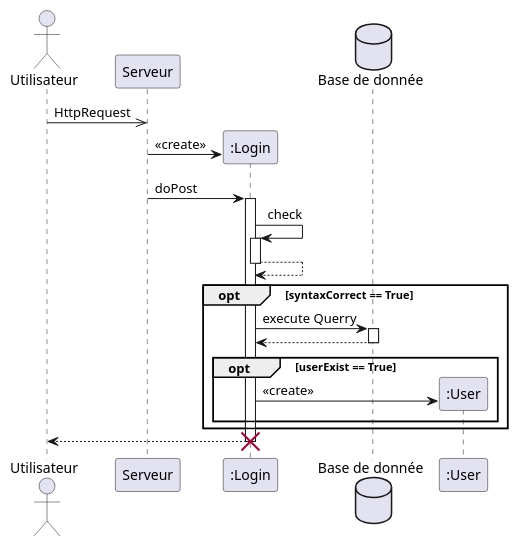
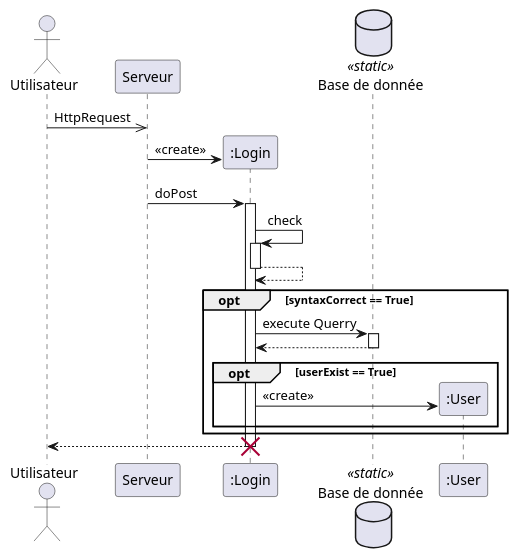
The diagram in docs/UML/diagramm test.puml (dorianleveque/CoHub), drawn with PlantUML before and after one commit. The commit also changed 5 other files, not shown here.

Commit message:
correction des flèches des diagrammes ainsi que des stéréotypes + ajout de quelques diagrammes

```diff
--- a/docs/UML/diagramm test.puml
+++ b/docs/UML/diagramm test.puml
@@ -1,36 +1,36 @@
 @startuml sequence
 
 actor "Utilisateur" as client order 1
 participant "Serveur" as server order 2
-database "Base de donnée" as bdd order 4
+database "Base de donnée" as bdd <<static>> order 4
 
 client ->> server : HttpRequest
 create ":Login" as LoginClass order 3
 server -> LoginClass : <<create>>
 
 server -> LoginClass : doPost
 activate LoginClass
 LoginClass -> LoginClass : check
 activate LoginClass
 LoginClass --> LoginClass
 deactivate LoginClass
 
 opt syntaxCorrect == True
 LoginClass -> bdd : execute Querry
 activate bdd
 bdd --> LoginClass
 deactivate bdd
 
 opt userExist == True
 create ":User" as userClass order 5
 LoginClass -> userClass : <<create>>
 end
 
 end
 
 LoginClass --> client
 destroy LoginClass
 
 
 
 @enduml
```
